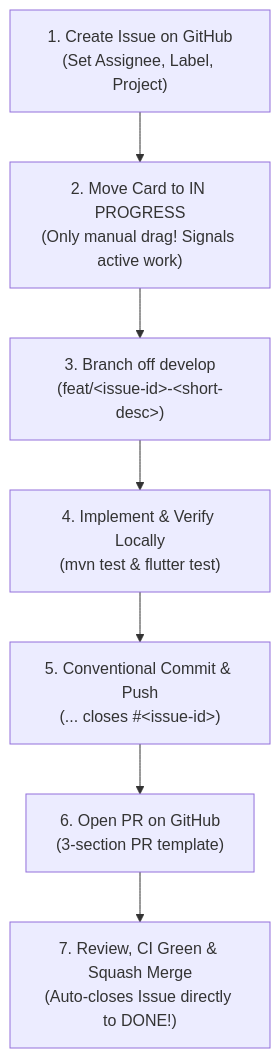
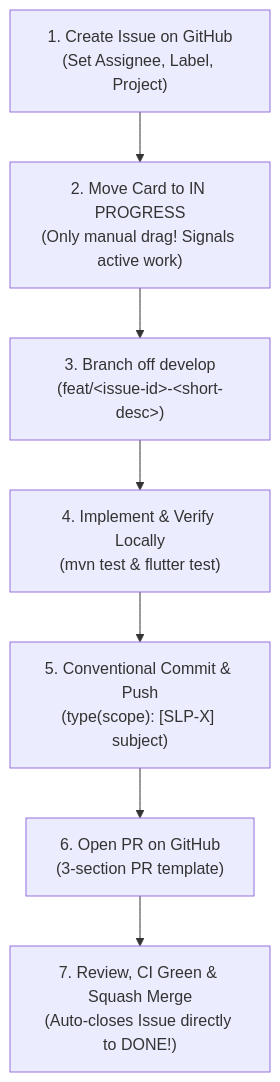
One commit to Varian08/smart-local-planner changed the first of 2 diagrams in docs/DEVELOPER_WORKFLOW_PLAYBOOK.md. Above: the diagram before and after it, drawn with Mermaid. The commit also changed other lines of this file and 6 other files, not shown here.

````diff
--- a/docs/DEVELOPER_WORKFLOW_PLAYBOOK.md
+++ b/docs/DEVELOPER_WORKFLOW_PLAYBOOK.md
@@ -14,9 +14,9 @@
 ```mermaid
 flowchart TD
     Step1["1. Create Issue on GitHub<br/>(Set Assignee, Label, Project)"] --> Step2["2. Move Card to IN PROGRESS<br/>(Only manual drag! Signals active work)"]
     Step2 --> Step3["3. Branch off develop<br/>(feat/&lt;issue-id&gt;-&lt;short-desc&gt;)"]
     Step3 --> Step4["4. Implement & Verify Locally<br/>(mvn test & flutter test)"]
-    Step4 --> Step5["5. Conventional Commit & Push<br/>(... closes #&lt;issue-id&gt;)"]
+    Step4 --> Step5["5. Conventional Commit & Push<br/>(type(scope): [SLP-X] subject)"]
     Step5 --> Step6["6. Open PR on GitHub<br/>(3-section PR template)"]
     Step6 --> Step7["7. Review, CI Green & Squash Merge<br/>(Auto-closes Issue directly to DONE!)"]
 ```
````
